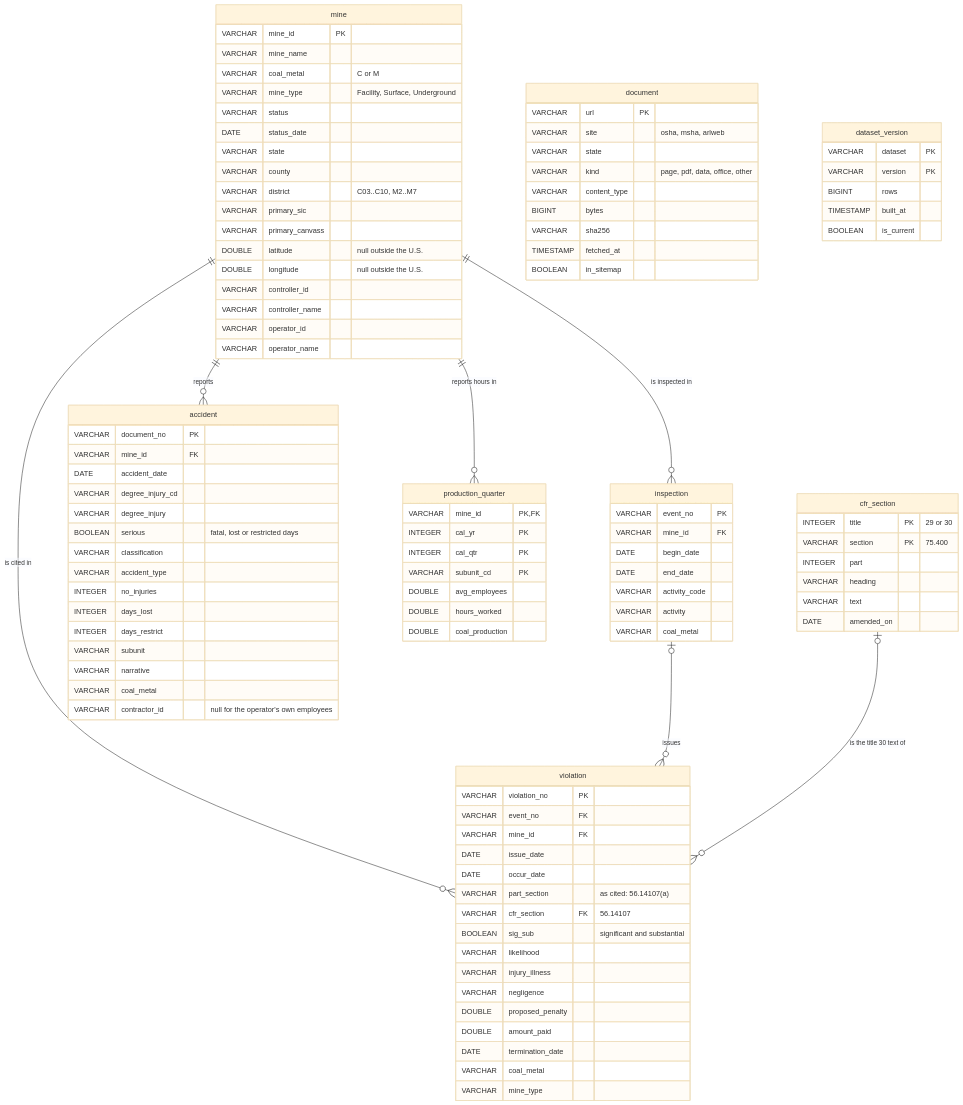
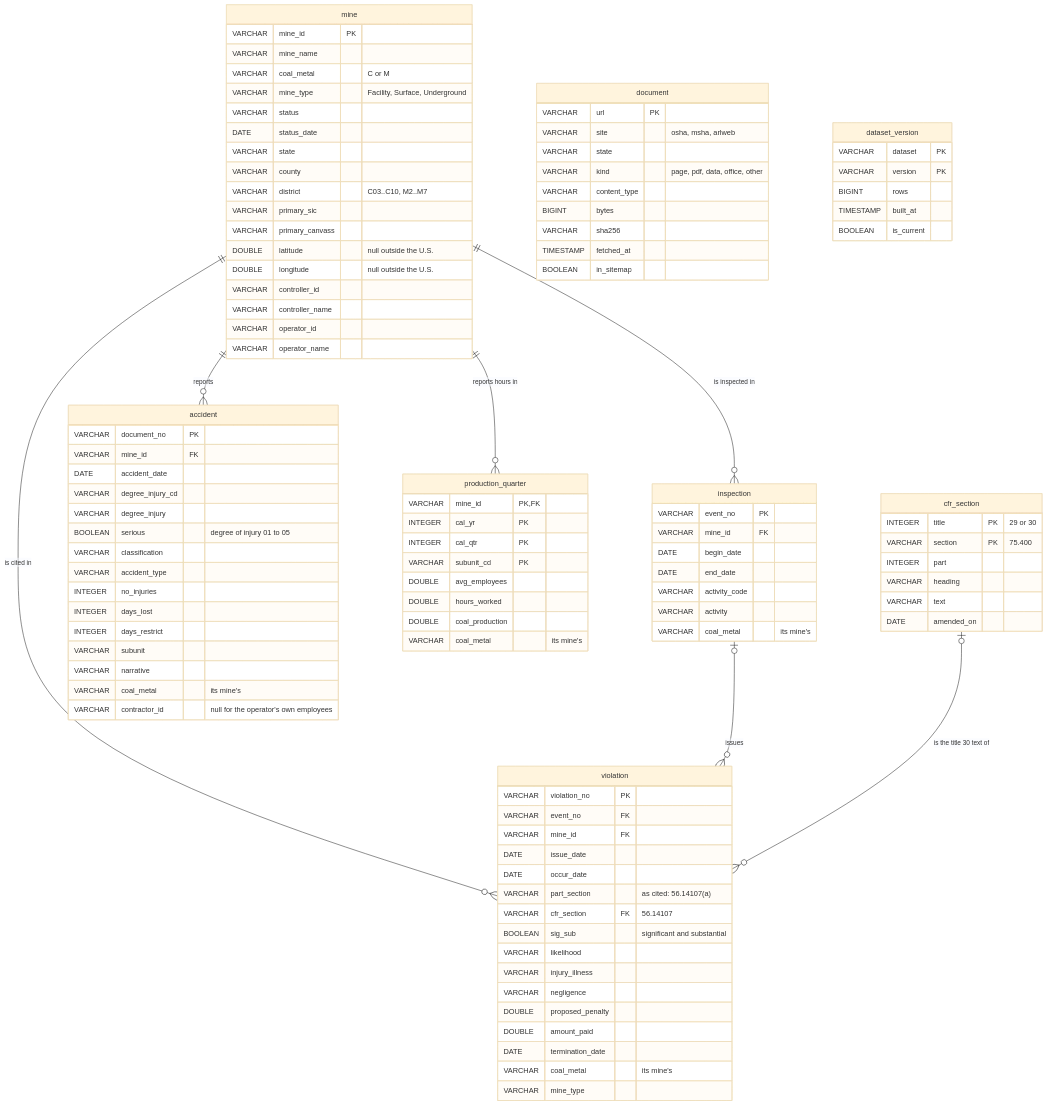
Before and after one commit to USERZEROA/safestart-data-pipeline: the diagram in docs/ERD.md, drawn with Mermaid (base theme). The commit also changed other lines of this file and 9 other files, not shown here.

```diff
--- a/docs/ERD.md
+++ b/docs/ERD.md
@@ -47,7 +54,7 @@
         DATE end_date
         VARCHAR activity_code
         VARCHAR activity
-        VARCHAR coal_metal
+        VARCHAR coal_metal "its mine's"
     }
     violation {
         VARCHAR violation_no PK
@@ -64,7 +71,7 @@
         DOUBLE proposed_penalty
         DOUBLE amount_paid
         DATE termination_date
-        VARCHAR coal_metal
+        VARCHAR coal_metal "its mine's"
         VARCHAR mine_type
     }
     accident {
@@ -73,7 +80,7 @@
         DATE accident_date
         VARCHAR degree_injury_cd
         VARCHAR degree_injury
-        BOOLEAN serious "fatal, lost or restricted days"
+        BOOLEAN serious "degree of injury 01 to 05"
         VARCHAR classification
         VARCHAR accident_type
         INTEGER no_injuries
@@ -81,7 +88,7 @@
         INTEGER days_restrict
         VARCHAR subunit
         VARCHAR narrative
-        VARCHAR coal_metal
+        VARCHAR coal_metal "its mine's"
         VARCHAR contractor_id "null for the operator's own employees"
     }
     production_quarter {
@@ -92,6 +99,7 @@
         DOUBLE avg_employees
         DOUBLE hours_worked
         DOUBLE coal_production
+        VARCHAR coal_metal "its mine's"
     }
     cfr_section {
         INTEGER title PK "29 or 30"
```
